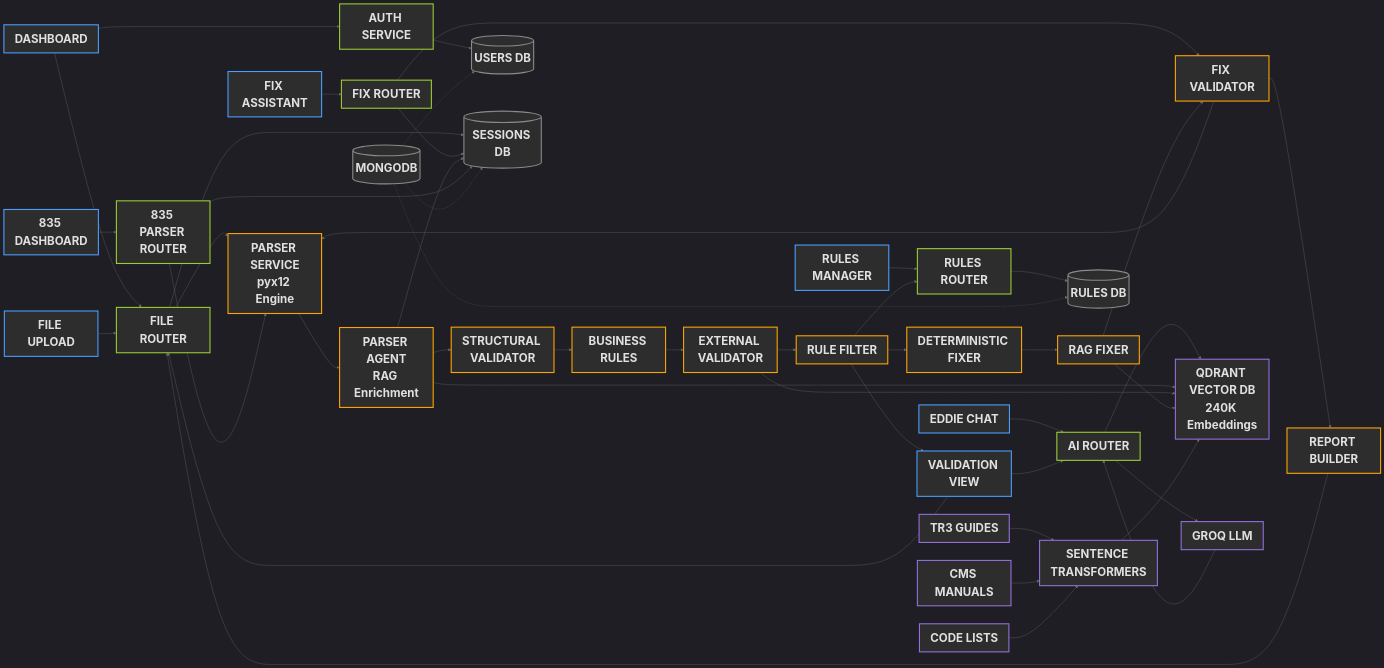
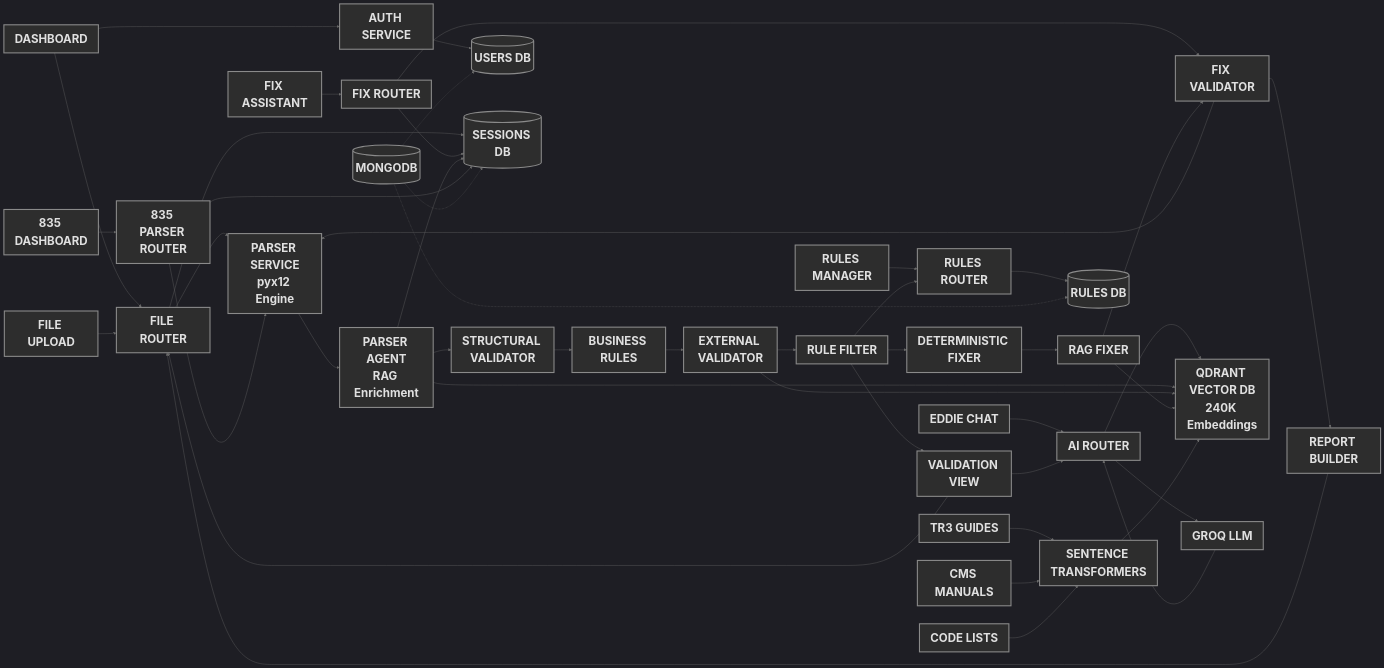
Before and after one commit to pratik3847/DevDynamos-inspiron: the diagram in README.md, drawn with Mermaid.

Commit message:
arch diagram 9.0

```diff
--- a/README.md
+++ b/README.md
@@ -114,11 +114,11 @@
   V4 --> UI3
   UI3 --> A5
 
-  classDef uiStyle fill:#2d2d2d,stroke:#4a9eff,stroke-width:3px,color:#e0e0e0,font-size:32px
-  classDef apiStyle fill:#2d2d2d,stroke:#9acd32,stroke-width:3px,color:#e0e0e0,font-size:32px
-  classDef procStyle fill:#2d2d2d,stroke:#ffa500,stroke-width:3px,color:#e0e0e0,font-size:32px
+  classDef uiStyle fill:#2d2d2d,stroke:#8a8a8a,stroke-width:3px,color:#e0e0e0,font-size:32px
+  classDef apiStyle fill:#2d2d2d,stroke:#8a8a8a,stroke-width:3px,color:#e0e0e0,font-size:32px
+  classDef procStyle fill:#2d2d2d,stroke:#8a8a8a,stroke-width:3px,color:#e0e0e0,font-size:32px
   classDef dbStyle fill:#2d2d2d,stroke:#8a8a8a,stroke-width:3px,color:#e0e0e0,font-size:32px
-  classDef aiStyle fill:#2d2d2d,stroke:#9370db,stroke-width:3px,color:#e0e0e0,font-size:32px
+  classDef aiStyle fill:#2d2d2d,stroke:#8a8a8a,stroke-width:3px,color:#e0e0e0,font-size:32px
   
   class UI1,UI2,UI3,UI4,UI5,UI6,UI7 uiStyle
   class A1,A2,A3,A4,A5,A6 apiStyle
```
